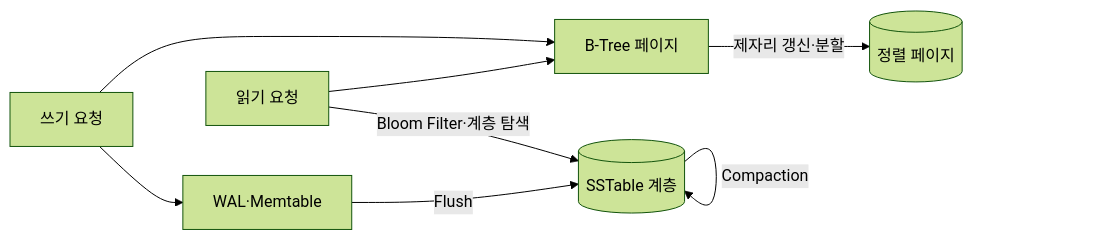
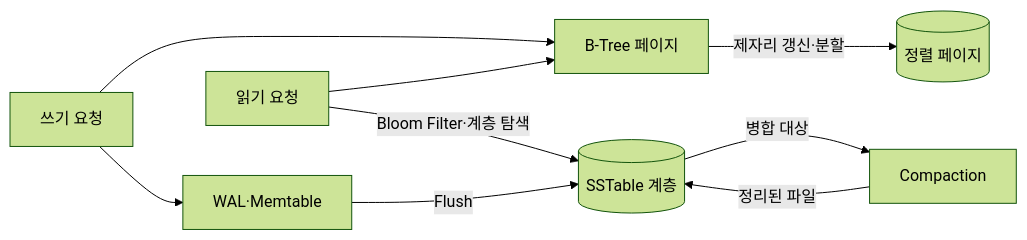
One commit to agnusdei1207/knowledge-base changed the first of 2 diagrams in src/content/docs/notes/03-software/097_btree_vs_lsm_tree.md. Above: the diagram before and after it, drawn with Mermaid (forest theme). The commit also changed other lines of this file and 20 other files, not shown here.

````diff
--- a/src/content/docs/notes/03-software/097_btree_vs_lsm_tree.md
+++ b/src/content/docs/notes/03-software/097_btree_vs_lsm_tree.md
@@ -54,10 +57,11 @@
 ```mermaid
 flowchart LR
     W[쓰기 요청] --> B[B-Tree 페이지]
     B -->|제자리 갱신·분할| D1[(정렬 페이지)]
     W --> L[WAL·Memtable]
     L -->|Flush| S[(SSTable 계층)]
-    S -->|Compaction| S
+    S -->|병합 대상| C[Compaction]
+    C -->|정리된 파일| S
     R[읽기 요청] --> B
     R -->|Bloom Filter·계층 탐색| S
 ```
````
